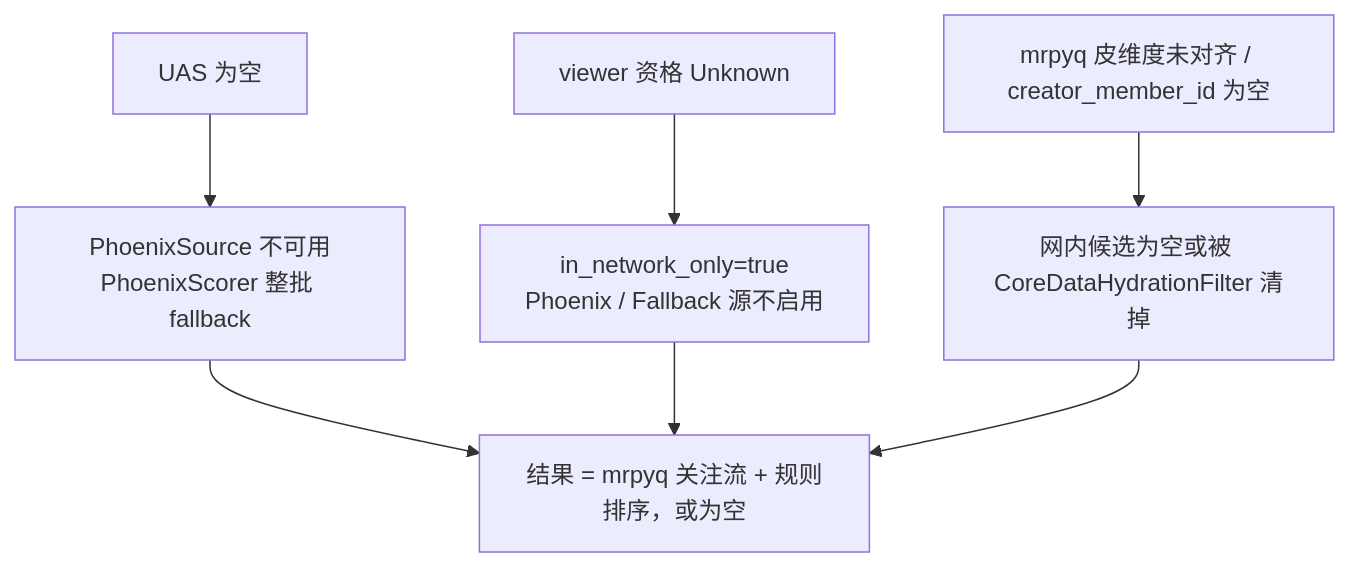
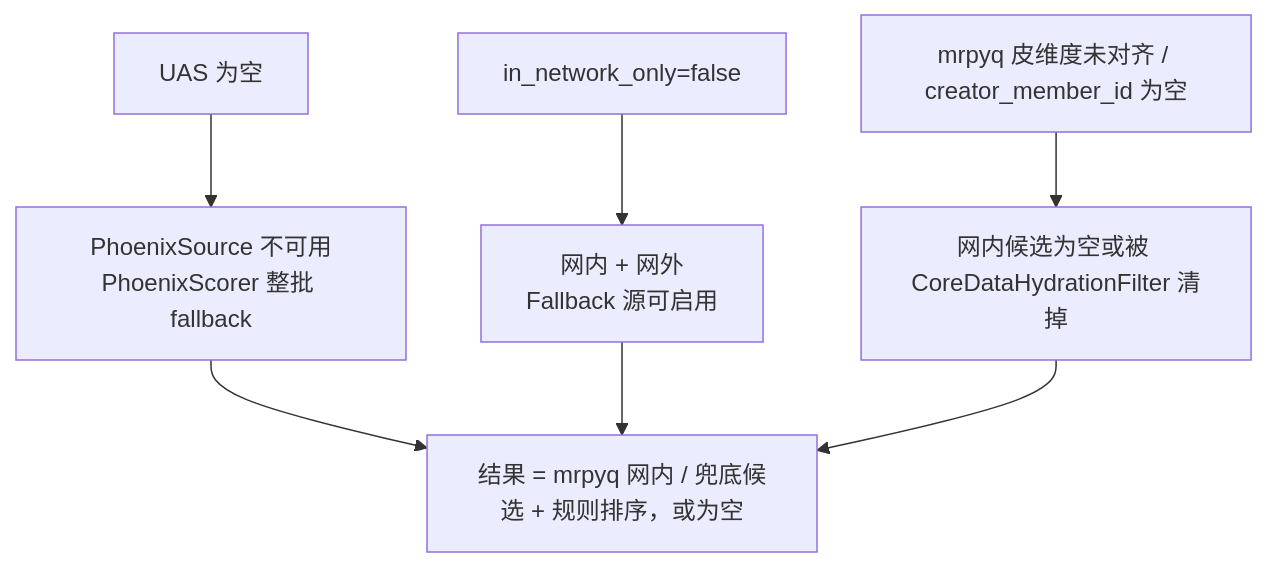
One commit to freefcw/x-algorithm changed the fourth of 4 diagrams in docs/home-mixer/00-handbook.md. Above: the diagram before and after it, drawn with Mermaid. The commit also changed other lines of this file and 19 other files, not shown here.

````diff
--- a/docs/home-mixer/00-handbook.md
+++ b/docs/home-mixer/00-handbook.md
@@ -235,9 +235,9 @@
 ```mermaid
 flowchart TD
     A["UAS 为空"] --> B["PhoenixSource 不可用<br/>PhoenixScorer 整批 fallback"]
-    C["viewer 资格 Unknown"] --> D["in_network_only=true<br/>Phoenix / Fallback 源不启用"]
+    C["in_network_only=false"] --> D["网内 + 网外<br/>Fallback 源可启用"]
     E["mrpyq 皮维度未对齐 / creator_member_id 为空"] --> F["网内候选为空或被 CoreDataHydrationFilter 清掉"]
-    B --> G["结果 = mrpyq 关注流 + 规则排序，或为空"]
+    B --> G["结果 = mrpyq 网内 / 兜底候选 + 规则排序，或为空"]
     D --> G
     F --> G
 ```
````
